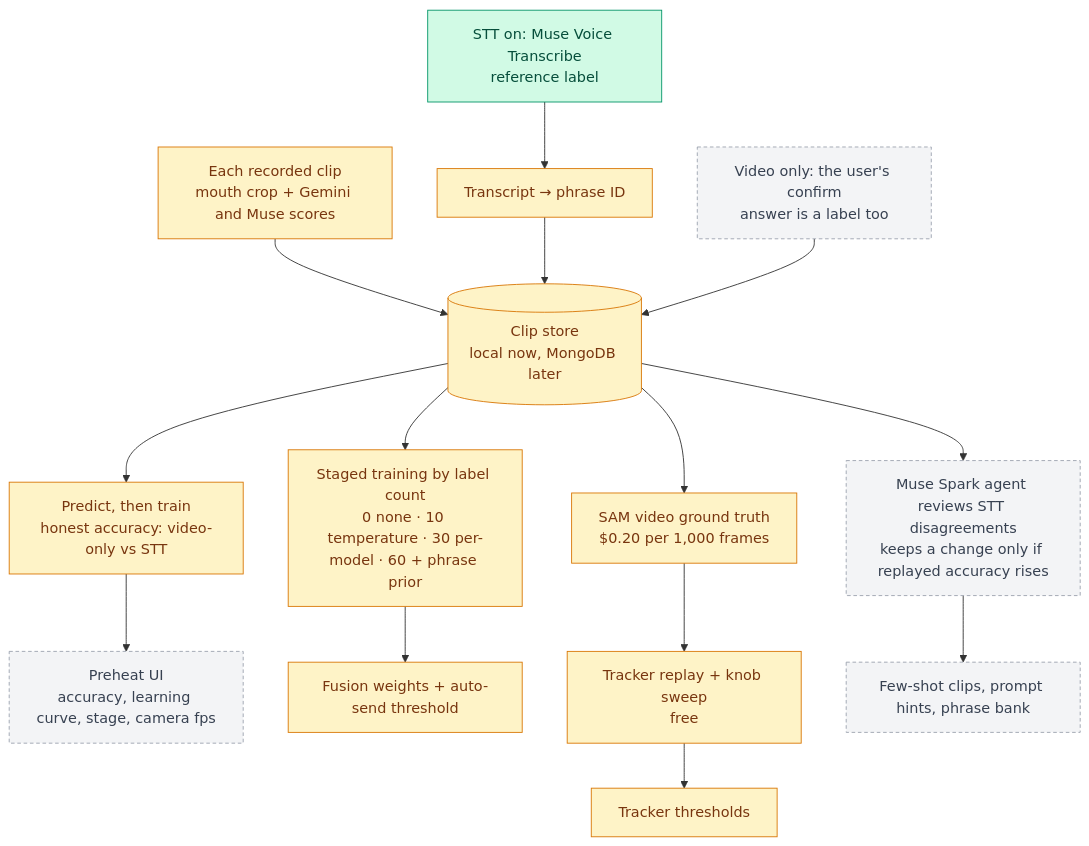
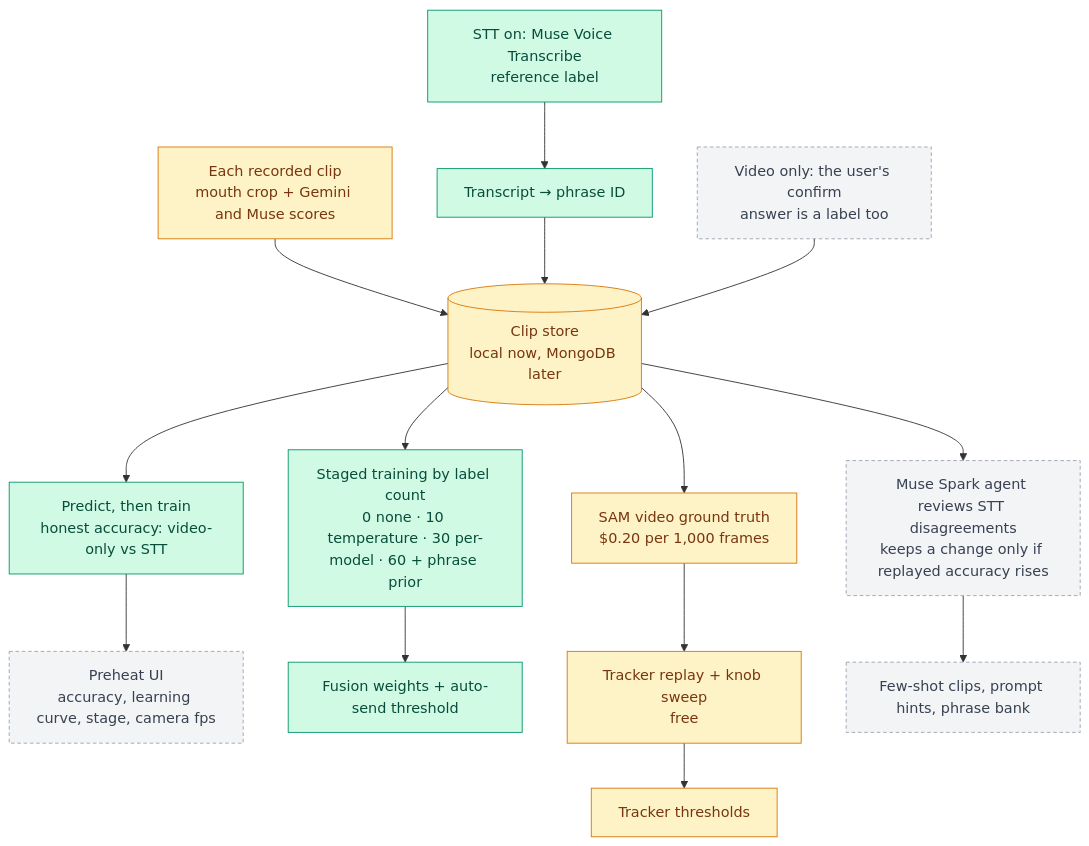
The second of 2 diagrams in docs/pipeline.md (Darijan-Ducic/badge-machine), drawn with Mermaid before and after one commit. The commit also changed other lines of this file and 4 other files, not shown here.

First line of the commit message:
docs: diagrams reflect 24 fps feeding and built training stages; serve them as SVG

````diff
--- a/docs/pipeline.md
+++ b/docs/pipeline.md
@@ -42,35 +42,35 @@
 ```mermaid
 flowchart TD
   CLIP["Each recorded clip<br/>mouth crop + Gemini and Muse scores"]
   STT["STT on: Muse Voice Transcribe<br/>reference label"]
   CONF["Video only: the user's confirm<br/>answer is a label too"]
   MATCH["Transcript → phrase ID"]
   STORE[("Clip store<br/>local now, MongoDB later")]
 
   PREQ["Predict, then train<br/>honest accuracy: video-only vs STT"]
   UI["Preheat UI<br/>accuracy, learning curve, stage, camera fps"]
   STAGES["Staged training by label count<br/>0 none · 10 temperature · 30 per-model · 60 + phrase prior"]
   FUSE["Fusion weights + auto-send threshold"]
 
   GT["SAM video ground truth<br/>$0.20 per 1,000 frames"]
   REPLAY["Tracker replay + knob sweep<br/>free"]
   KNOBS["Tracker thresholds"]
 
   AGENT["Muse Spark agent reviews STT disagreements<br/>keeps a change only if replayed accuracy rises"]
   PROMPTS["Few-shot clips, prompt hints, phrase bank"]
 
   CLIP --> STORE
   STT --> MATCH --> STORE
   CONF --> STORE
   STORE --> PREQ --> UI
   STORE --> STAGES --> FUSE
   STORE --> GT --> REPLAY --> KNOBS
   STORE --> AGENT --> PROMPTS
 
   classDef built fill:#d1fae5,stroke:#059669,color:#064e3b
   classDef building fill:#fef3c7,stroke:#d97706,color:#78350f
   classDef planned fill:#f3f4f6,stroke:#9ca3af,color:#374151,stroke-dasharray:4 3
-  class STT built
-  class CLIP,MATCH,STORE,PREQ,STAGES,FUSE,GT,REPLAY,KNOBS building
+  class STT,MATCH,PREQ,STAGES,FUSE built
+  class CLIP,STORE,GT,REPLAY,KNOBS building
   class CONF,UI,AGENT,PROMPTS planned
 ```
````
